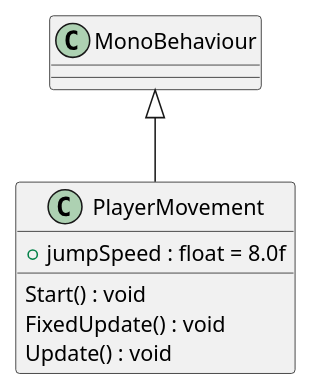
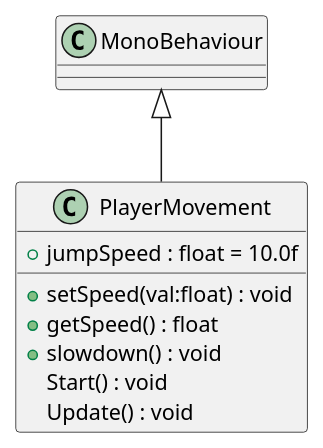
Before and after one commit to mariapreda19/ProiectMDS: the diagram in UML/TempleRun/Assets/Scripts/PlayerMovement.puml, drawn with PlantUML. The commit also changed 15 other files, not shown here.

Commit message:
Generate UML (Generate UML)

```diff
--- a/UML/TempleRun/Assets/Scripts/PlayerMovement.puml
+++ b/UML/TempleRun/Assets/Scripts/PlayerMovement.puml
@@ -1,9 +1,11 @@
 @startuml
 class PlayerMovement {
-    + jumpSpeed : float = 8.0f
+    + jumpSpeed : float = 10.0f
+    + setSpeed(val:float) : void
+    + getSpeed() : float
+    + slowdown() : void
     Start() : void
-    FixedUpdate() : void
     Update() : void
 }
 MonoBehaviour <|-- PlayerMovement
 @enduml
```
